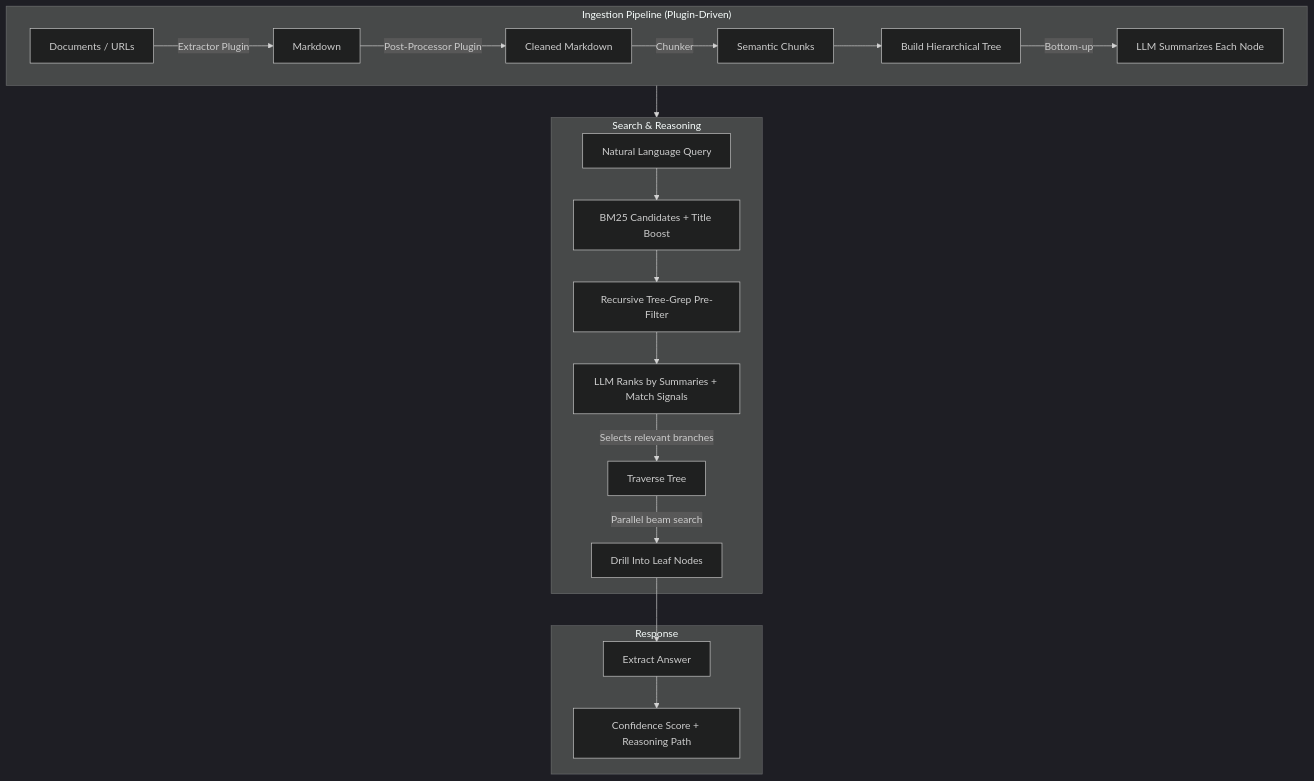
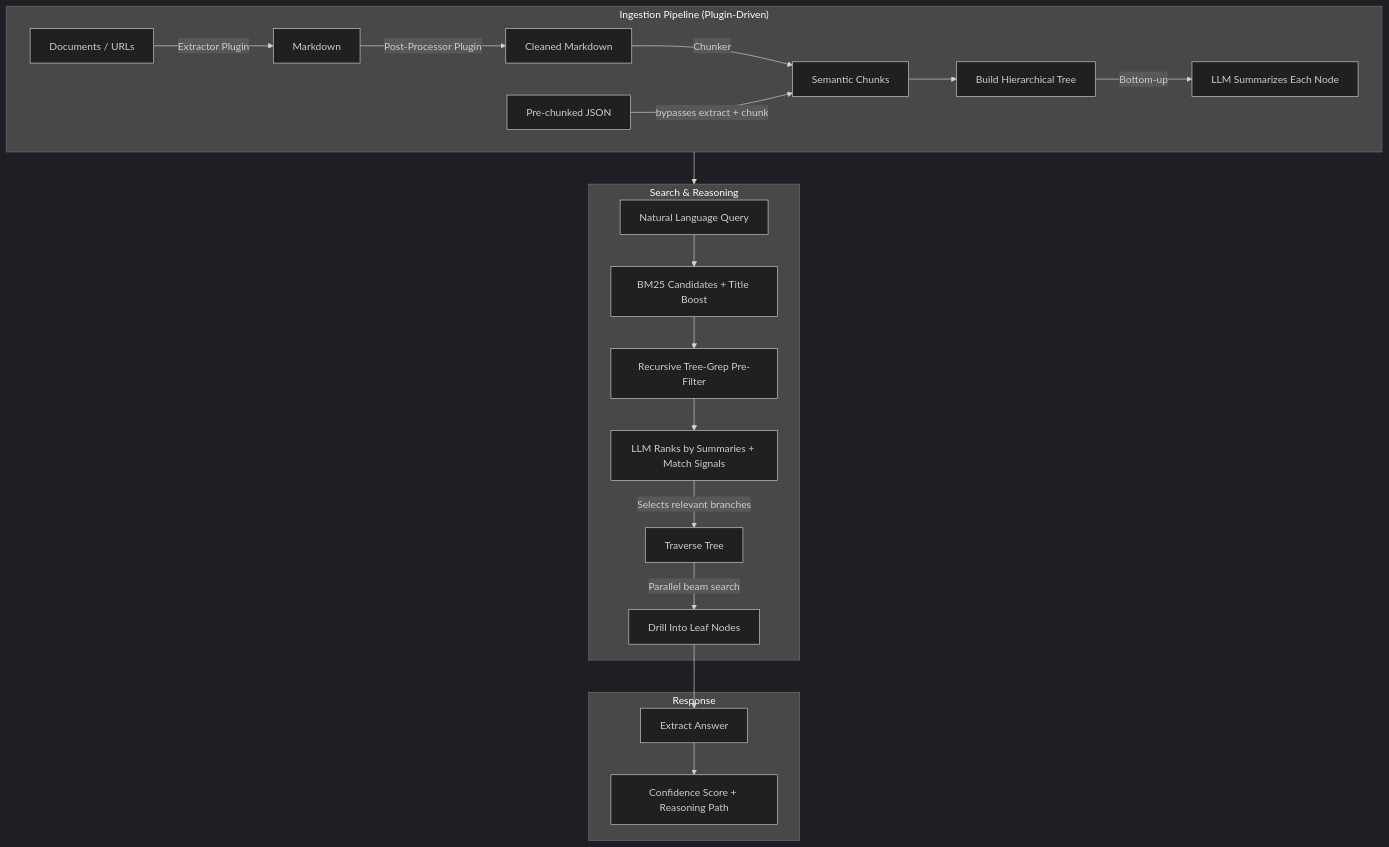
The diagram in README.md (brainfish-ai/ReasonDB), drawn with Mermaid before and after one commit. The commit also changed other lines of this file and 7 other files, not shown here.

````diff
--- a/README.md
+++ b/README.md
@@ -148,26 +148,27 @@
 ```mermaid
 %%{init: {'theme': 'dark'}}%%
 flowchart TD
     subgraph Ingestion["Ingestion Pipeline (Plugin-Driven)"]
         A["Documents / URLs"] -->|Extractor Plugin| B["Markdown"]
         B -->|Post-Processor Plugin| C["Cleaned Markdown"]
         C -->|Chunker| D["Semantic Chunks"]
+        P["Pre-chunked JSON"] -->|"bypasses extract + chunk"| D
         D --> E["Build Hierarchical Tree"]
         E -->|Bottom-up| F["LLM Summarizes Each Node"]
     end
 
     subgraph Search["Search & Reasoning"]
         G["Natural Language Query"] --> G1["BM25 Candidates + Title Boost"]
         G1 --> G2["Recursive Tree-Grep Pre-Filter"]
         G2 --> H["LLM Ranks by Summaries + Match Signals"]
         H -->|Selects relevant branches| I["Traverse Tree"]
         I -->|Parallel beam search| J["Drill Into Leaf Nodes"]
     end
 
     subgraph Result["Response"]
         J --> K["Extract Answer"]
         K --> L["Confidence Score + Reasoning Path"]
     end
 
     Ingestion --> Search
 ```
````
